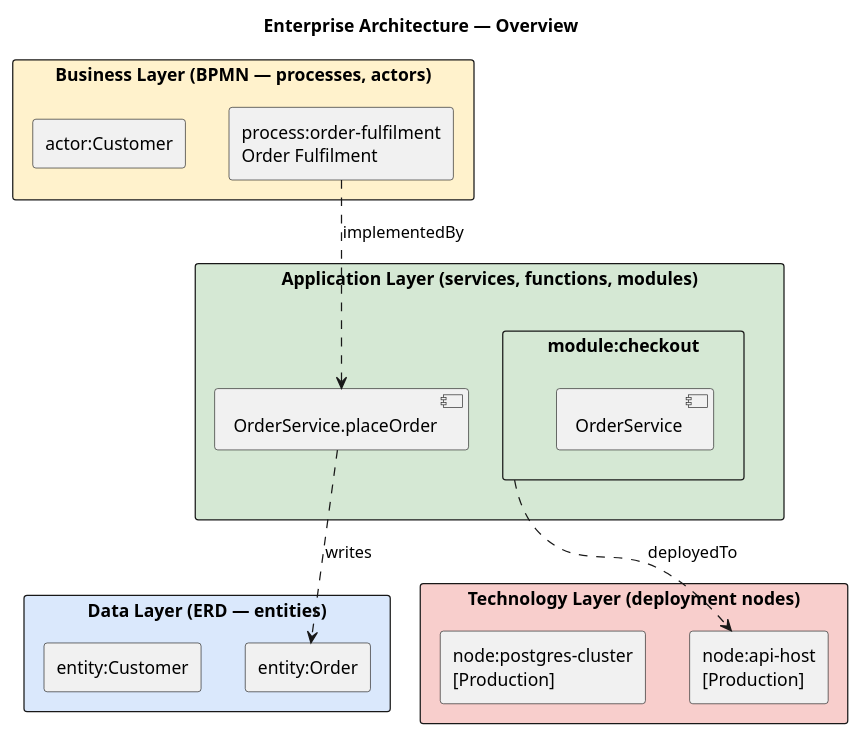
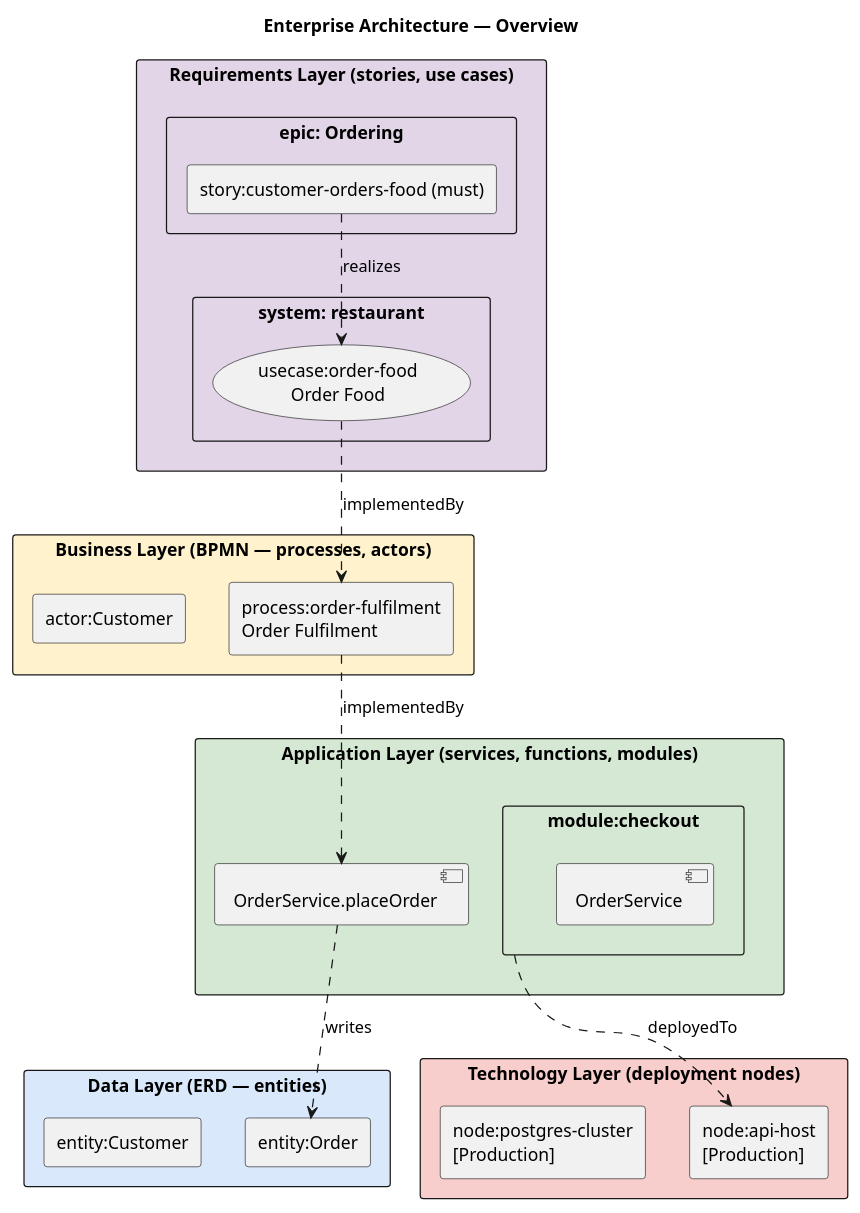
Before and after one commit to hairilam47/Grammar-Derivation-Backbone: the diagram in .agents/skills/enterprise-architecture/SKILL.md, drawn with PlantUML. The commit also changed other lines of this file and 8 other files, not shown here.

First line of the commit message:
Task #130: User Story Design skill + EA Requirements layer

````diff
--- a/.agents/skills/enterprise-architecture/SKILL.md
+++ b/.agents/skills/enterprise-architecture/SKILL.md
@@ -132,32 +135,43 @@
 ```plantuml
 @startuml ea-overview
 title Enterprise Architecture — Overview
+
+rectangle "Requirements Layer (stories, use cases)" as L_requirements #E1D5E7 {
+  rectangle "epic: Ordering" as L_req_epic_ordering {
+    rectangle "story:customer-orders-food (must)" as story_customer_orders_food
+  }
+  rectangle "system: restaurant" as L_req_sys_restaurant {
+    usecase "usecase:order-food\nOrder Food" as uc_order_food
+  }
+}
 
 rectangle "Business Layer (BPMN — processes, actors)" as L_business #FFF2CC {
   rectangle "process:order-fulfilment\nOrder Fulfilment" as proc_order_fulfilment
   rectangle "actor:Customer" as actor_Customer
 }
 
 rectangle "Data Layer (ERD — entities)" as L_data #DAE8FC {
   rectangle "entity:Order"    as ent_Order
   rectangle "entity:Customer" as ent_Customer
 }
 
 rectangle "Application Layer (services, functions, modules)" as L_application #D5E8D4 {
   rectangle "module:checkout" as mod_checkout {
     component "OrderService" as svc_OrderService
   }
   component "OrderService.placeOrder" as fn_OrderService_placeOrder
 }
 
 rectangle "Technology Layer (deployment nodes)" as L_technology #F8CECC {
   rectangle "node:api-host\n[Production]"       as node_api_host
   rectangle "node:postgres-cluster\n[Production]" as node_postgres_cluster
 }
 
 ' Cross-layer arrows
-proc_order_fulfilment ..> fn_OrderService_placeOrder : "implementedBy"
+story_customer_orders_food ..> uc_order_food         : "realizes"
+uc_order_food              ..> proc_order_fulfilment : "implementedBy"
+proc_order_fulfilment      ..> fn_OrderService_placeOrder : "implementedBy"
 fn_OrderService_placeOrder ..> ent_Order             : "writes"
-mod_checkout              ..> node_api_host          : "deployedTo"
+mod_checkout               ..> node_api_host         : "deployedTo"
 @enduml
 ```
````
